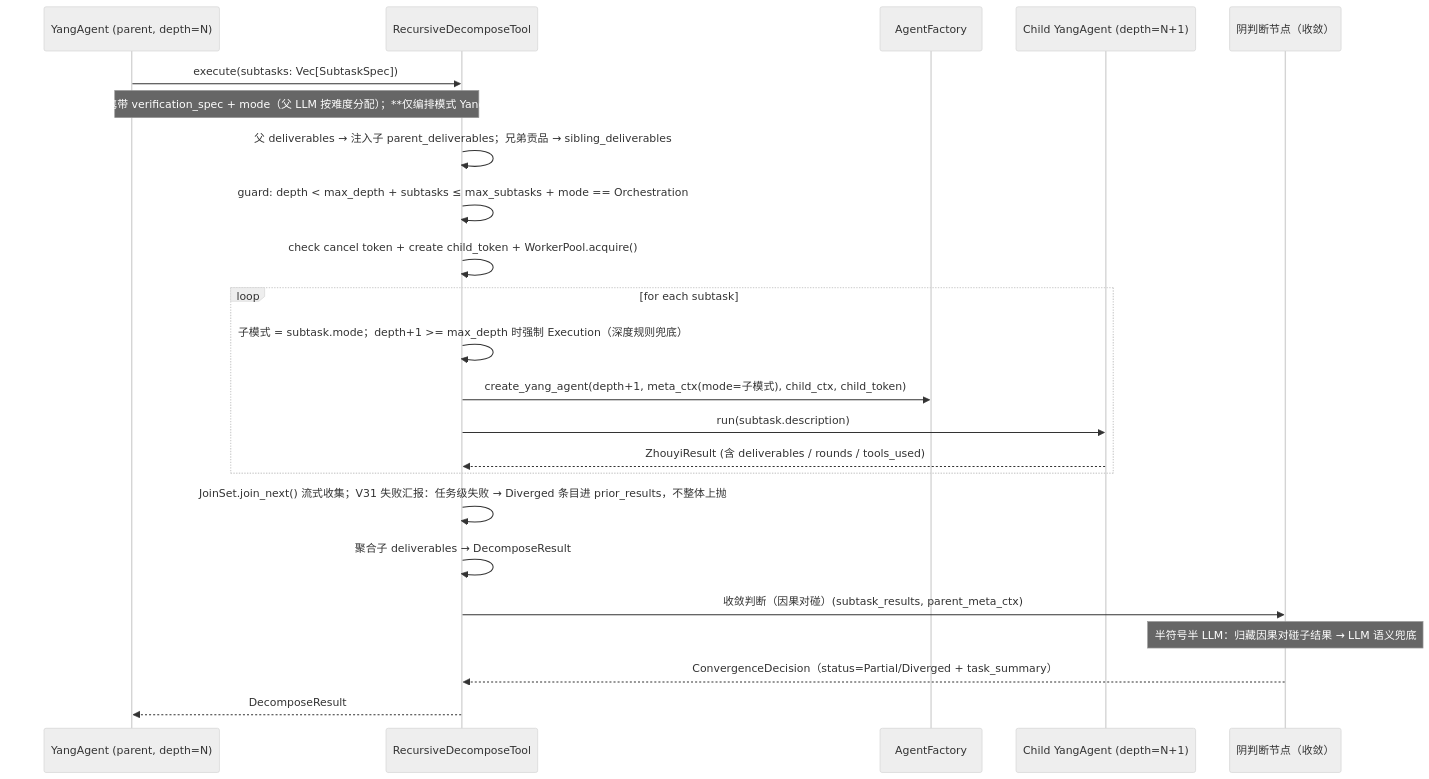
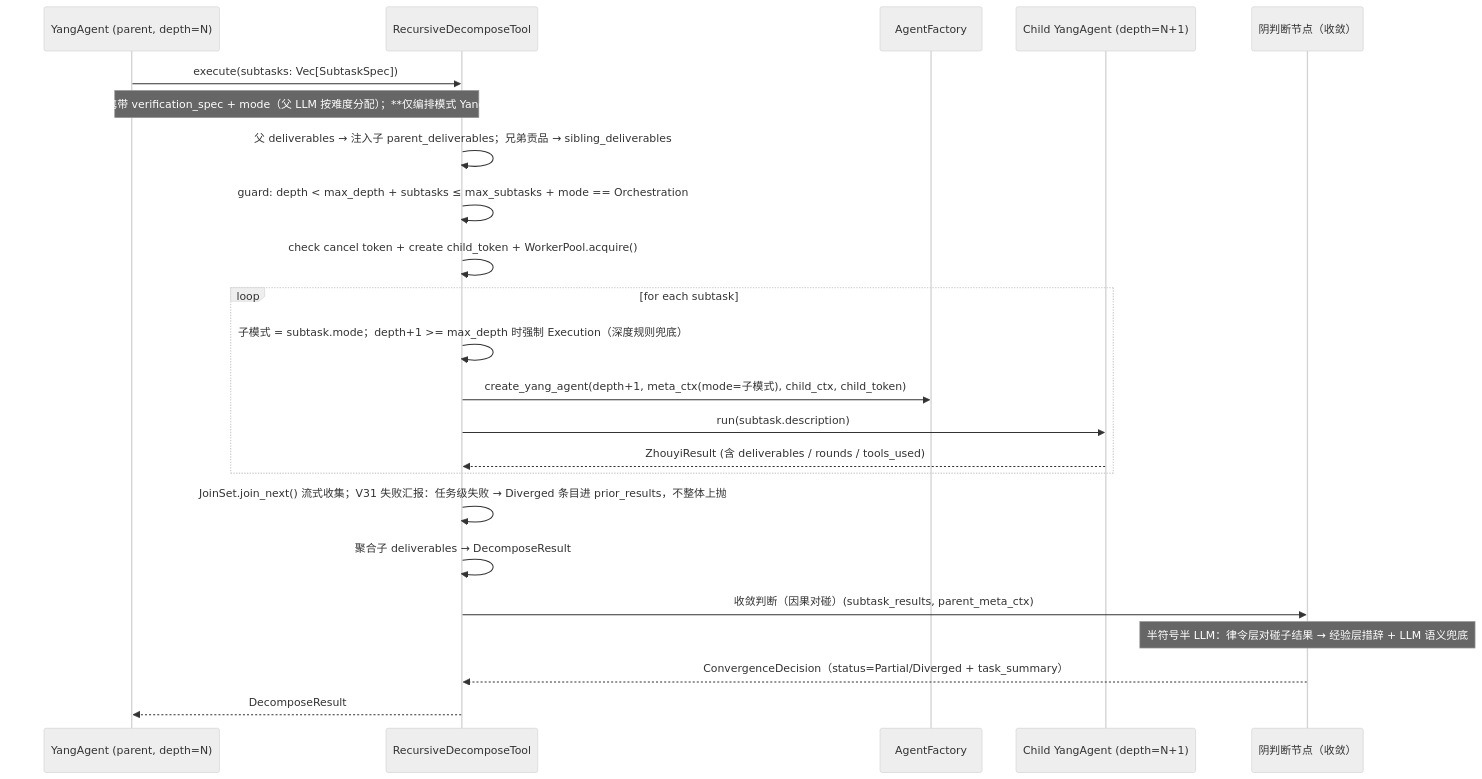
The sixth of 19 diagrams in Blueprint.md (wenge6090-tech/taiji), drawn with Mermaid (neutral theme) before and after one commit. The commit also changed other lines of this file and 17 other files, not shown here.

````diff
--- a/Blueprint.md
+++ b/Blueprint.md
@@ -365,28 +414,28 @@
 ```mermaid
 sequenceDiagram
     participant FA as YangAgent (parent, depth=N)
     participant RDT as RecursiveDecomposeTool
     participant AF as AgentFactory
     participant CFA as Child YangAgent (depth=N+1)
     participant CCA as 阴判断节点（收敛）
 
     FA->>RDT: execute(subtasks: Vec[SubtaskSpec])
     Note over FA, RDT: 每个 SubtaskSpec 携带 verification_spec + mode（父 LLM 按难度分配）；**仅编排模式 YangAgent 注册此工具**
     RDT->>RDT: 父 deliverables → 注入子 parent_deliverables；兄弟贡品 → sibling_deliverables
     RDT->>RDT: guard: depth < max_depth + subtasks ≤ max_subtasks + mode == Orchestration
     RDT->>RDT: check cancel token + create child_token + WorkerPool.acquire()
 
     loop for each subtask
         RDT->>RDT: 子模式 = subtask.mode；depth+1 >= max_depth 时强制 Execution（深度规则兜底）
         RDT->>AF: create_yang_agent(depth+1, meta_ctx(mode=子模式), child_ctx, child_token)
         RDT->>CFA: run(subtask.description)
         CFA-->>RDT: ZhouyiResult (含 deliverables / rounds / tools_used)
     end
 
     RDT->>RDT: JoinSet.join_next() 流式收集；V31 失败汇报：任务级失败 → Diverged 条目进 prior_results，不整体上抛
     RDT->>RDT: 聚合子 deliverables → DecomposeResult
     RDT->>CCA: 收敛判断（因果对碰）(subtask_results, parent_meta_ctx)
-    Note over CCA: 半符号半 LLM：归藏因果对碰子结果 → LLM 语义兜底
+    Note over CCA: 半符号半 LLM：律令层对碰子结果 → 经验层措辞 + LLM 语义兜底
     CCA-->>RDT: ConvergenceDecision（status=Partial/Diverged + task_summary）
     RDT-->>FA: DecomposeResult
 ```
````
